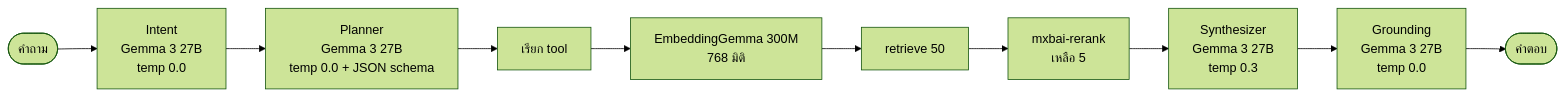
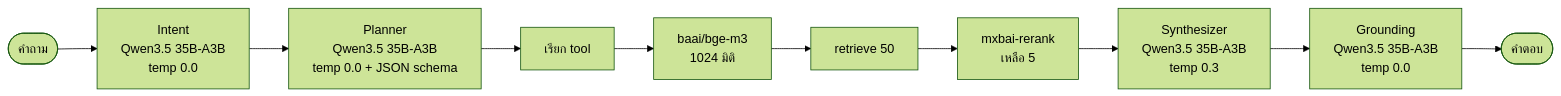
Before and after one commit to LLM-CE-KMITL/mcp-workshop: the diagram in instructions/reference/model-stack.md, drawn with Mermaid (forest theme). The commit also changed other lines of this file and 43 other files, not shown here.

````diff
--- a/instructions/reference/model-stack.md
+++ b/instructions/reference/model-stack.md
@@ -3,12 +3,12 @@
 ```mermaid
 flowchart LR
-    Q(["คำถาม"]) --> I["Intent<br/>Gemma 3 27B<br/>temp 0.0"]
-    I --> P["Planner<br/>Gemma 3 27B<br/>temp 0.0 + JSON schema"]
+    Q(["คำถาม"]) --> I["Intent<br/>Qwen3.5 35B-A3B<br/>temp 0.0"]
+    I --> P["Planner<br/>Qwen3.5 35B-A3B<br/>temp 0.0 + JSON schema"]
     P --> T["เรียก tool"]
-    T --> EMB["EmbeddingGemma 300M<br/>768 มิติ"]
+    T --> EMB["baai/bge-m3<br/>1024 มิติ"]
     EMB --> RET["retrieve 50"]
     RET --> RR["mxbai-rerank<br/>เหลือ 5"]
-    RR --> S["Synthesizer<br/>Gemma 3 27B<br/>temp 0.3"]
-    S --> G["Grounding<br/>Gemma 3 27B<br/>temp 0.0"]
+    RR --> S["Synthesizer<br/>Qwen3.5 35B-A3B<br/>temp 0.3"]
+    S --> G["Grounding<br/>Qwen3.5 35B-A3B<br/>temp 0.0"]
     G --> A(["คำตอบ"])
 ```
````
